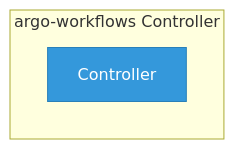
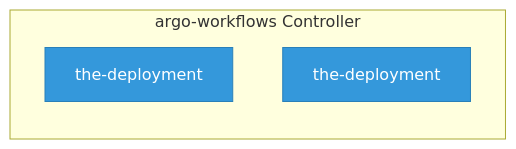
One commit to ugiordan/rhoai-architecture-analyzer changed the diagram in site/docs/use-cases/odh-platform/components/argo_workflows/index.md. Above: the diagram before and after it, drawn with Mermaid. The commit also changed other lines of this file and 402 other files, not shown here.

````diff
--- a/site/docs/use-cases/odh-platform/components/argo_workflows/index.md
+++ b/site/docs/use-cases/odh-platform/components/argo_workflows/index.md
@@ -22,15 +25,17 @@
 ```mermaid
 graph LR
     %% Component architecture for argo-workflows
 
     classDef crd fill:#e74c3c,stroke:#c0392b,color:#fff
     classDef controller fill:#3498db,stroke:#2980b9,color:#fff
     classDef owned fill:#2ecc71,stroke:#27ae60,color:#fff
     classDef external fill:#95a5a6,stroke:#7f8c8d,color:#fff
     classDef dep fill:#f39c12,stroke:#e67e22,color:#fff
 
     subgraph controller["argo-workflows Controller"]
-        ctrl_1["Controller"]
-        class ctrl_1 controller
+        dep_1["the-deployment"]
+        class dep_1 controller
+        dep_2["the-deployment"]
+        class dep_2 controller
     end
 ```
````
